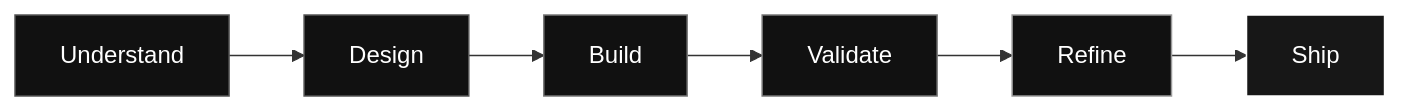
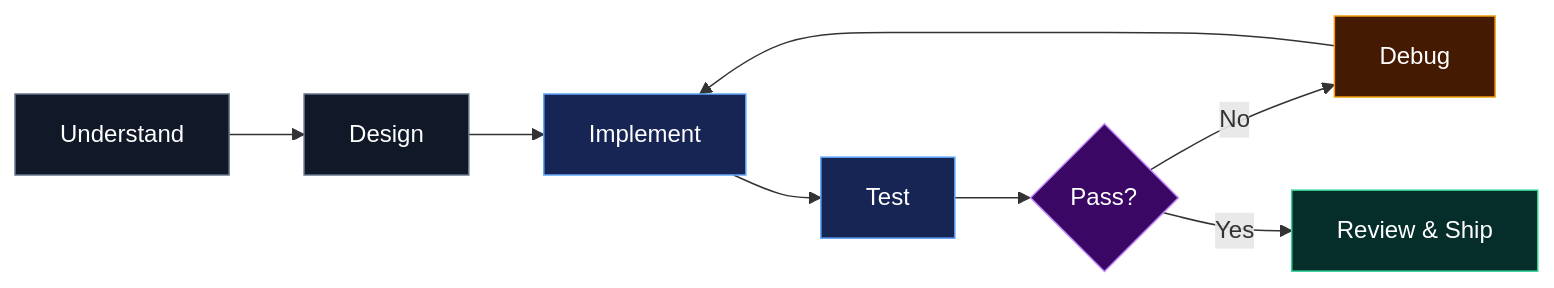
The second of 2 diagrams in README.md (AkshatRaj00/AkshatRaj00), drawn with Mermaid before and after one commit. The commit also changed other lines of this file, not shown here.

````diff
--- a/README.md
+++ b/README.md
@@ -128,15 +145,18 @@
 ```mermaid
 flowchart LR
     A["Understand"] --> B["Design"]
-    B --> C["Build"]
-    C --> D["Validate"]
-    D --> E["Refine"]
-    E --> F["Ship"]
+    B --> C["Implement"]
+    C --> D["Test"]
+    D --> E{"Pass?"}
+    E -- "No" --> F["Debug"]
+    F --> C
+    E -- "Yes" --> G["Review & Ship"]
 
-    style A fill:#111111,stroke:#555555,color:#FFFFFF
-    style B fill:#111111,stroke:#555555,color:#FFFFFF
-    style C fill:#111111,stroke:#777777,color:#FFFFFF
-    style D fill:#111111,stroke:#777777,color:#FFFFFF
-    style E fill:#111111,stroke:#999999,color:#FFFFFF
-    style F fill:#171717,stroke:#FFFFFF,color:#FFFFFF
+    style A fill:#111827,stroke:#64748B,color:#FFFFFF
+    style B fill:#111827,stroke:#64748B,color:#FFFFFF
+    style C fill:#172554,stroke:#60A5FA,color:#FFFFFF
+    style D fill:#172554,stroke:#60A5FA,color:#FFFFFF
+    style E fill:#3B0764,stroke:#C084FC,color:#FFFFFF
+    style F fill:#451A03,stroke:#F59E0B,color:#FFFFFF
+    style G fill:#052E2B,stroke:#34D399,color:#FFFFFF
 ```
````
